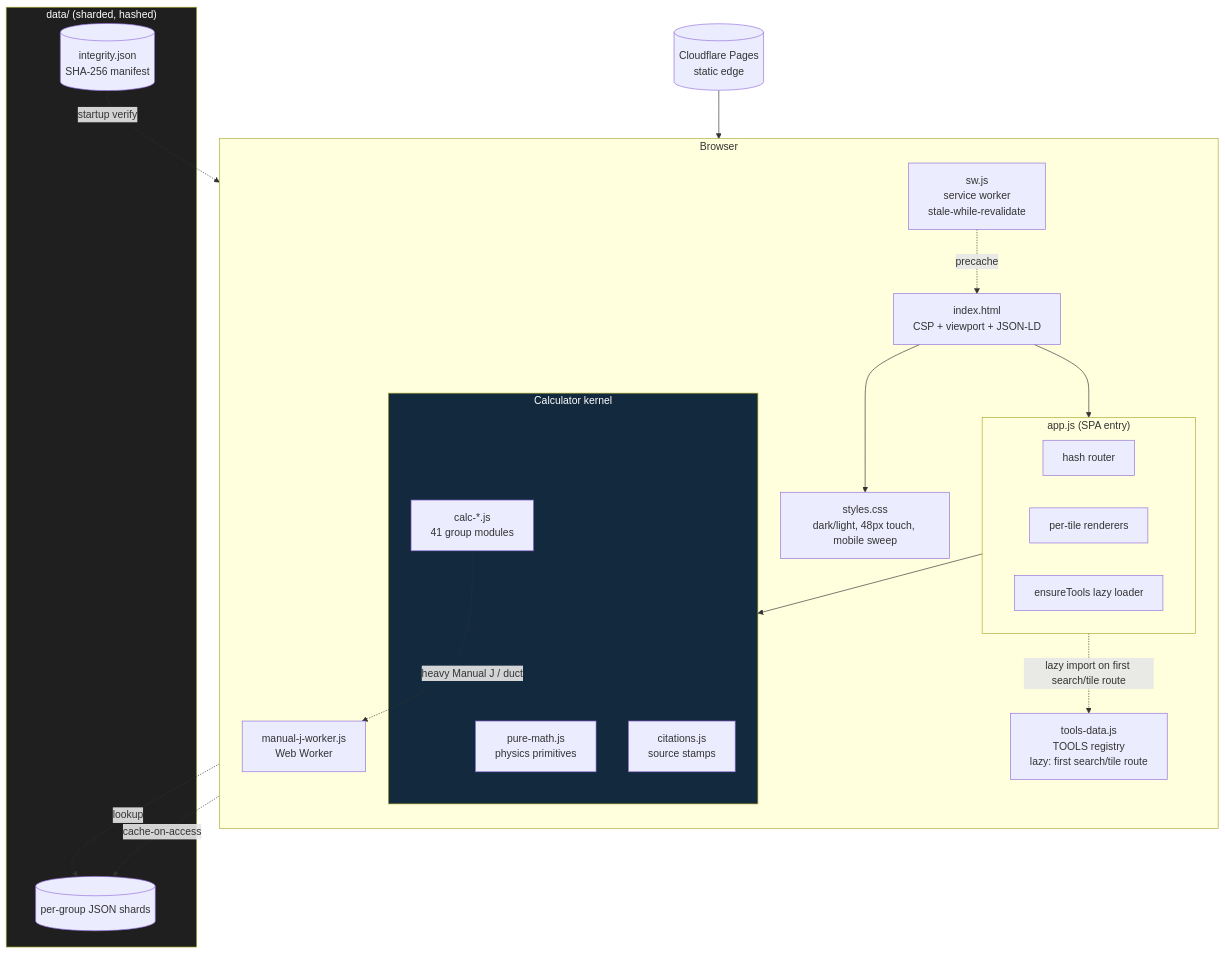
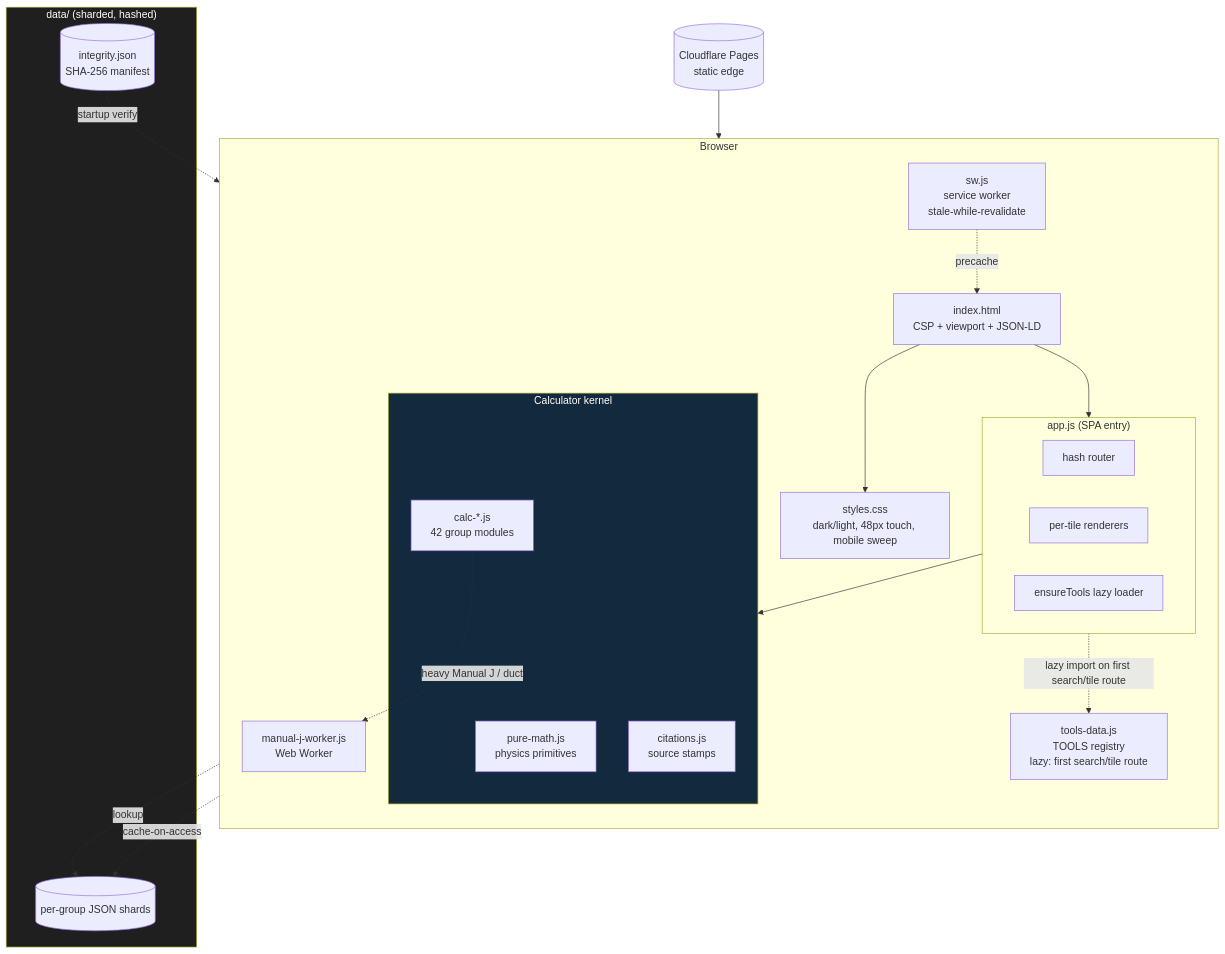
The second of 8 diagrams in README.md (clay-good/roughlogic.com), drawn with Mermaid before and after one commit. The commit also changed other lines of this file and 13 other files, not shown here.

````diff
--- a/README.md
+++ b/README.md
@@ -77,39 +77,39 @@
 ```mermaid
 flowchart TB
     subgraph Browser
         direction TB
         HTML[index.html\nCSP + viewport + JSON-LD]
         CSS[styles.css\ndark/light, 48px touch, mobile sweep]
         subgraph App["app.js (SPA entry)"]
             ROUTE[hash router]
             RENDER[per-tile renderers]
             ENSURE[ensureTools lazy loader]
         end
         TOOLS[tools-data.js\nTOOLS registry\nlazy: first search/tile route]
         subgraph Calc["Calculator kernel"]
             PM[pure-math.js\nphysics primitives]
-            CALC[calc-*.js\n41 group modules]
+            CALC[calc-*.js\n42 group modules]
             CIT[citations.js\nsource stamps]
         end
         SW[sw.js\nservice worker\nstale-while-revalidate]
         WORKER[manual-j-worker.js\nWeb Worker]
     end
     subgraph Data["data/ (sharded, hashed)"]
         SHARDS[(per-group JSON shards)]
         INTEG[(integrity.json\nSHA-256 manifest)]
     end
     CDN[(Cloudflare Pages\nstatic edge)]
 
     CDN --> HTML
     HTML --> CSS
     HTML --> App
     App -.lazy import on first search/tile route.-> TOOLS
     App --> Calc
     CALC -.->|heavy Manual J / duct| WORKER
     CALC -.->|lookup| SHARDS
     SW -.precache.-> HTML
     SW -.cache-on-access.-> SHARDS
     INTEG -.startup verify.-> App
     style Calc fill:#13293d,color:#fff
     style Data fill:#1f1f1f,color:#fff
 ```
````
